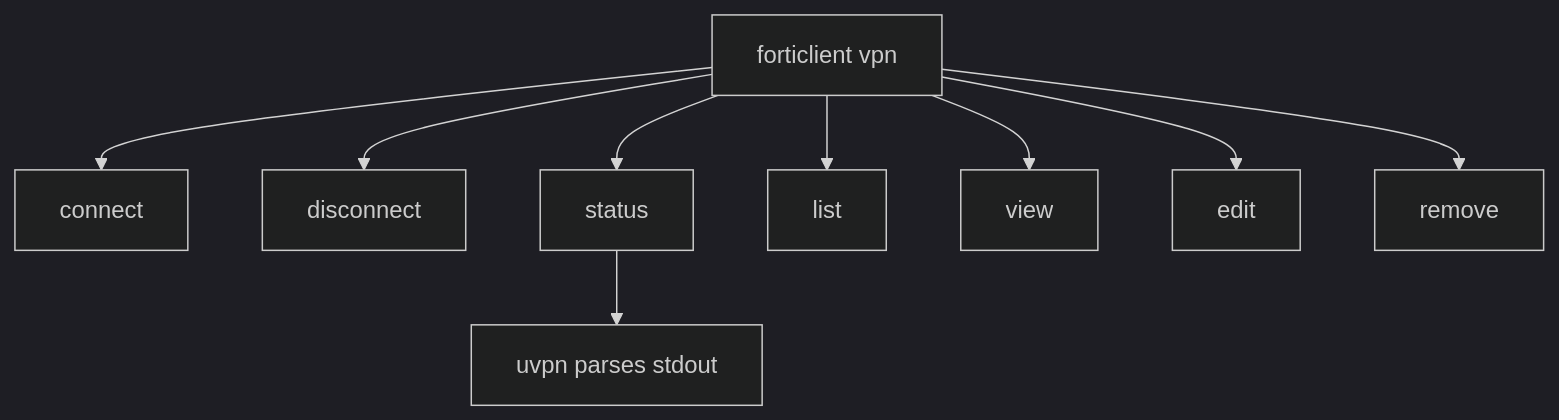
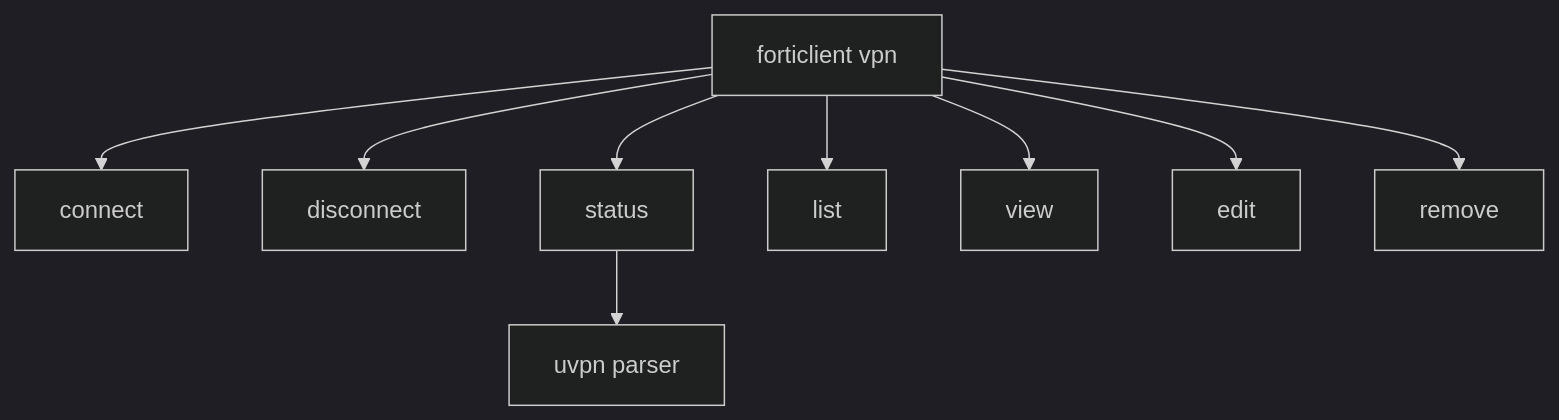
Before and after one commit to roto31/Tunnel-Monitor---Universal: the second of 4 diagrams in docs/vpn-solutions/fortinet-forticlient.md, drawn with Mermaid (dark theme). The commit also changed other lines of this file and 22 other files, not shown here.

````diff
--- a/docs/vpn-solutions/fortinet-forticlient.md
+++ b/docs/vpn-solutions/fortinet-forticlient.md
@@ -48,11 +38,11 @@
 ```mermaid
 flowchart TD
-    ROOT[forticlient vpn] --> CONNECT[connect]
-    ROOT --> DISC[disconnect]
-    ROOT --> STATUS[status]
-    ROOT --> LIST[list]
-    ROOT --> VIEW[view]
-    ROOT --> EDIT[edit]
-    ROOT --> REMOVE[remove]
-    STATUS --> UVPN[uvpn parses stdout]
+    ROOT[forticlient vpn] --> connect
+    ROOT --> disconnect
+    ROOT --> status
+    ROOT --> list
+    ROOT --> view
+    ROOT --> edit
+    ROOT --> remove
+    status --> uvpn[uvpn parser]
 ```
````
